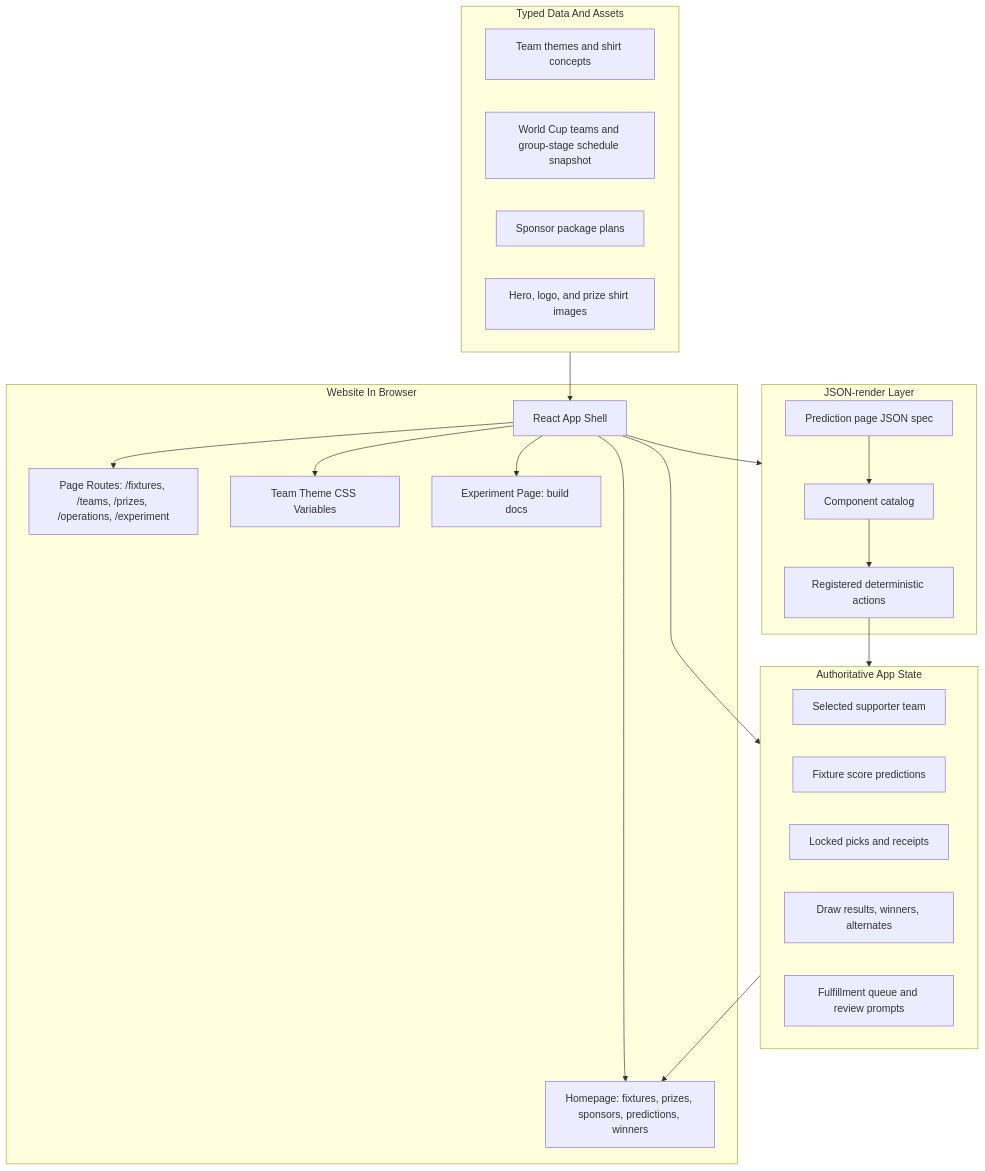
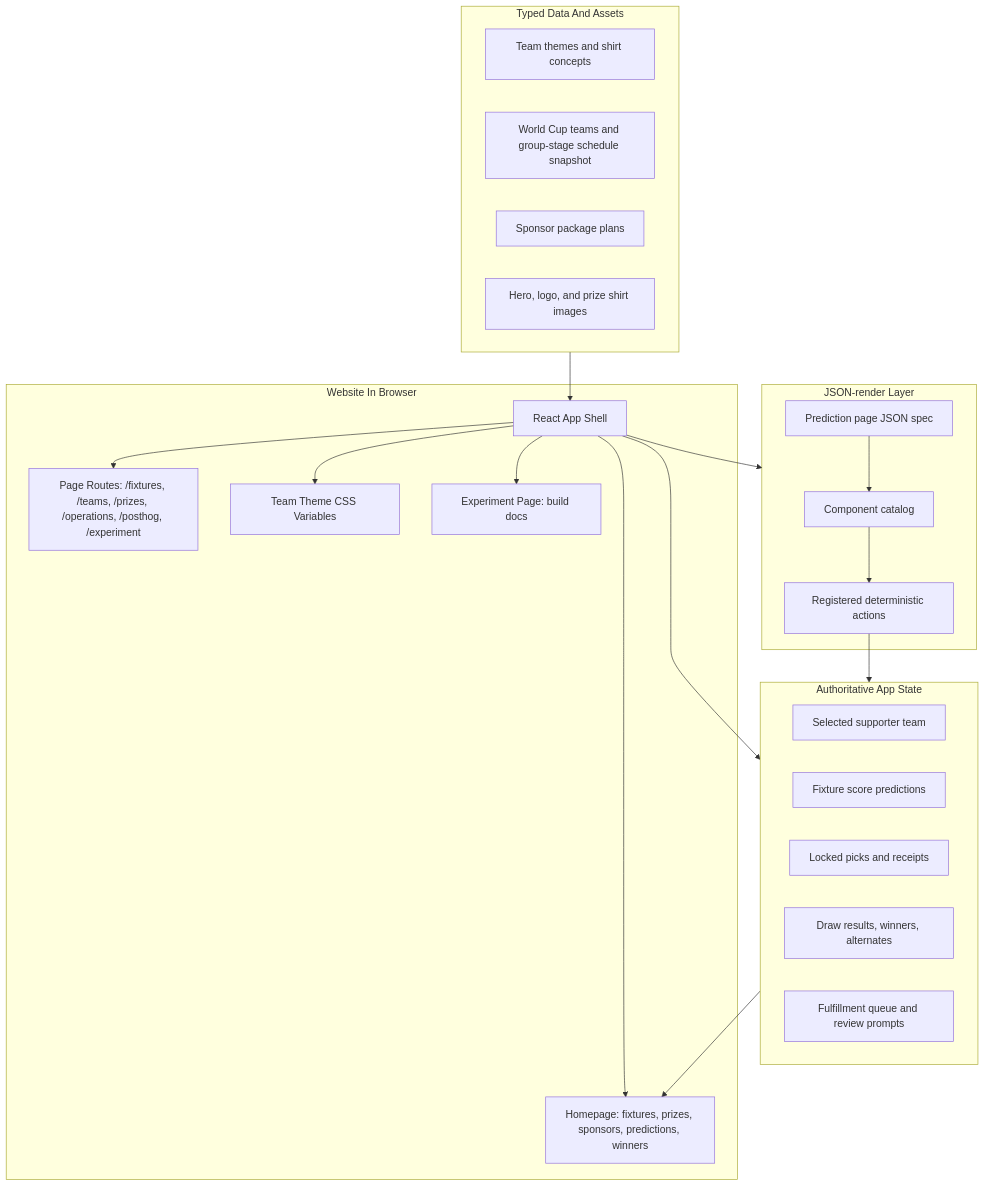
The second of 3 diagrams in WEBSITE_FLOW.md (moeghashim/world-cup), drawn with Mermaid before and after one commit. The commit also changed other lines of this file and 7 other files, not shown here.

````diff
--- a/WEBSITE_FLOW.md
+++ b/WEBSITE_FLOW.md
@@ -51,43 +52,43 @@
 ```mermaid
 flowchart TB
   subgraph Browser["Website In Browser"]
     App["React App Shell"]
-    Routes["Page Routes: /fixtures, /teams, /prizes, /operations, /experiment"]
+    Routes["Page Routes: /fixtures, /teams, /prizes, /operations, /posthog, /experiment"]
     Theme["Team Theme CSS Variables"]
     Home["Homepage: fixtures, prizes, sponsors, predictions, winners"]
     Experiment["Experiment Page: build docs"]
   end
 
   subgraph State["Authoritative App State"]
     SelectedTeam["Selected supporter team"]
     FixtureScores["Fixture score predictions"]
     LockedPicks["Locked picks and receipts"]
     DrawResults["Draw results, winners, alternates"]
     Fulfillment["Fulfillment queue and review prompts"]
   end
 
   subgraph SpecLayer["JSON-render Layer"]
     Catalog["Component catalog"]
     Spec["Prediction page JSON spec"]
     Actions["Registered deterministic actions"]
   end
 
   subgraph Data["Typed Data And Assets"]
     Teams["Team themes and shirt concepts"]
     Schedule["World Cup teams and group-stage schedule snapshot"]
     Sponsors["Sponsor package plans"]
     Images["Hero, logo, and prize shirt images"]
   end
 
   App --> Theme
   App --> Routes
   App --> Home
   App --> Experiment
   App --> State
   App --> SpecLayer
   Spec --> Catalog
   Catalog --> Actions
   Actions --> State
   State --> Home
   Data --> App
 ```
````
